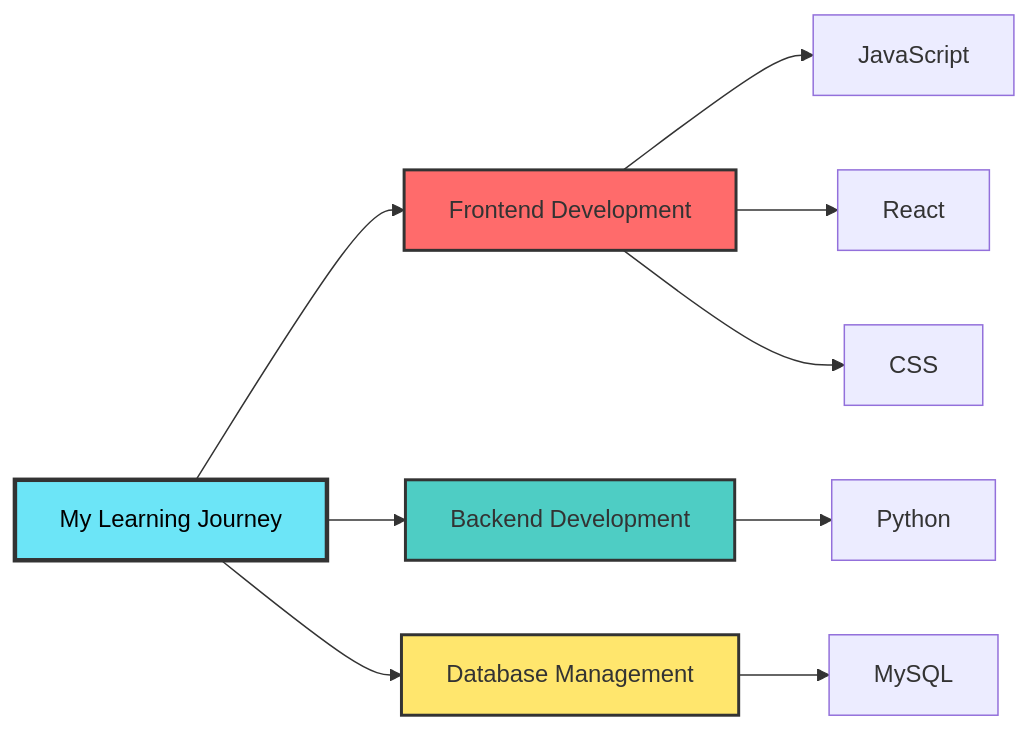
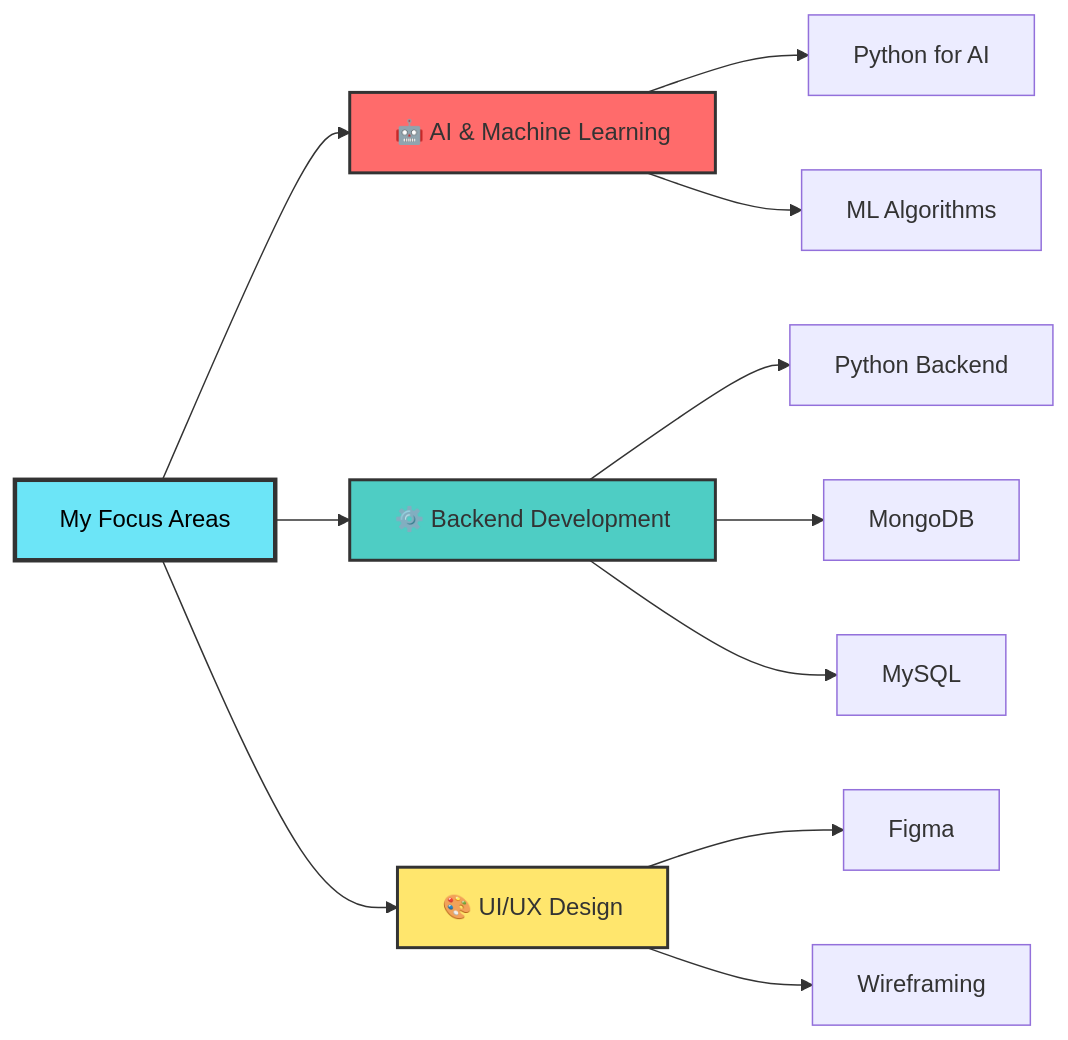
Before and after one commit to poornima825/poornima825: the diagram in README.md, drawn with Mermaid. The commit also changed other lines of this file, not shown here.

````diff
--- a/README.md
+++ b/README.md
@@ -40,16 +35,18 @@
 ```mermaid
 graph LR
-    A[My Learning Journey] --> B[Frontend Development]
-    A --> C[Backend Development]
-    A --> D[Database Management]
-    B --> E[JavaScript]
-    B --> F[React]
-    B --> G[CSS]
-    C --> H[Python]
-    D --> I[MySQL]
+    A[My Focus Areas] --> B[🤖 AI & Machine Learning]
+    A --> C[⚙️ Backend Development]
+    A --> D[🎨 UI/UX Design]
+    B --> E[Python for AI]
+    B --> F[ML Algorithms]
+    C --> G[Python Backend]
+    C --> H[MongoDB]
+    C --> I[MySQL]
+    D --> J[Figma]
+    D --> K[Wireframing]
     
     style A fill:#6CE5F7,stroke:#333,stroke-width:3px,color:#000
     style B fill:#FF6B6B,stroke:#333,stroke-width:2px
     style C fill:#4ECDC4,stroke:#333,stroke-width:2px
     style D fill:#FFE66D,stroke:#333,stroke-width:2px
 ```
````
